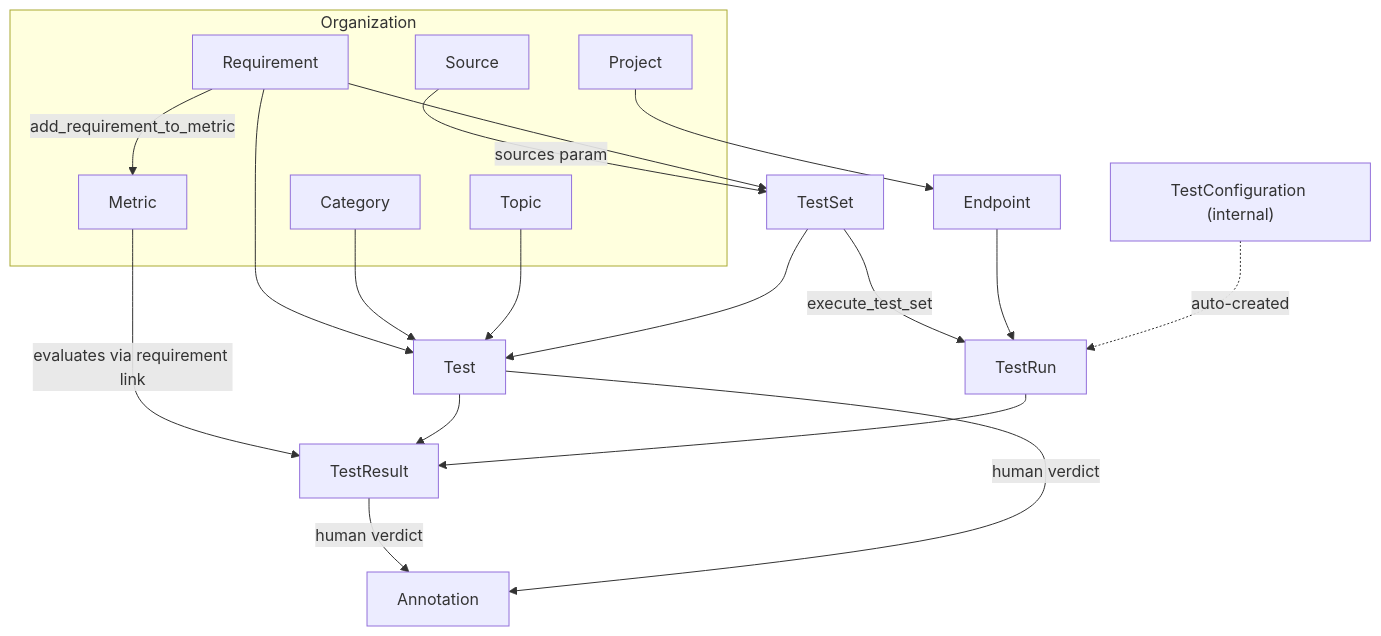
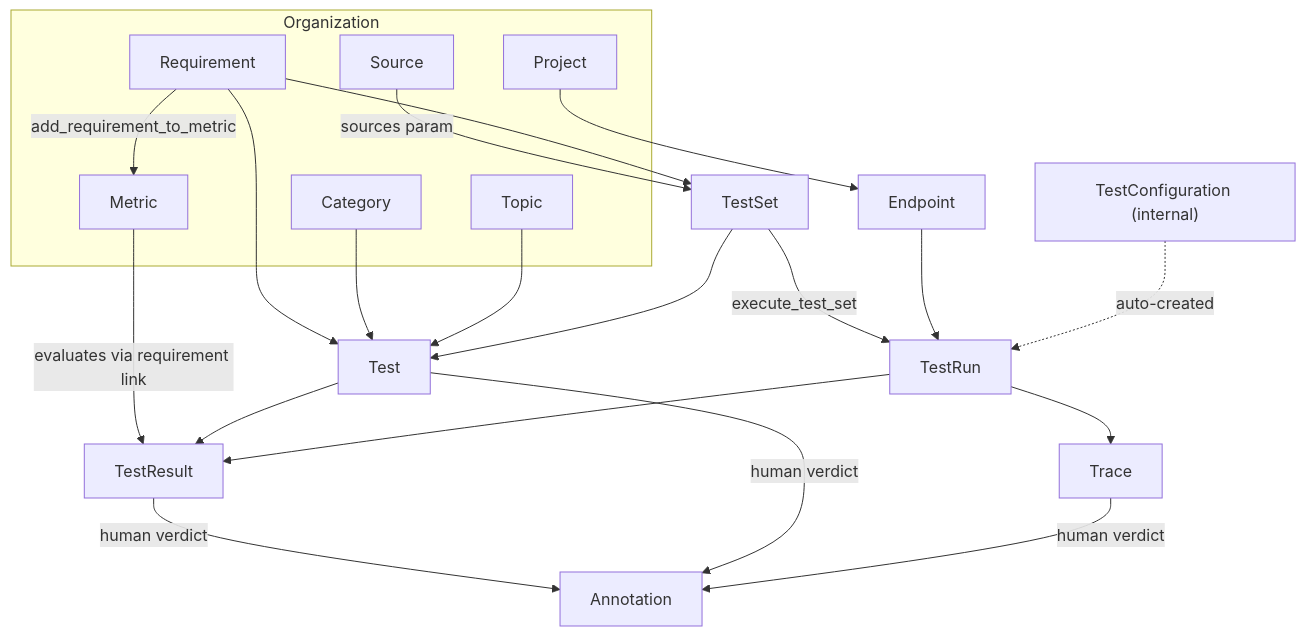
One commit to rhesis-ai/rhesis changed the diagram in skills/rhesis/references/entity-model.md. Above: the diagram before and after it, drawn with Mermaid. The commit also changed other lines of this file and 3 other files, not shown here.

````diff
--- a/skills/rhesis/references/entity-model.md
+++ b/skills/rhesis/references/entity-model.md
@@ -11,28 +11,30 @@
 ```mermaid
 flowchart TB
   subgraph org [Organization]
     Project
     Requirement
     Metric
     Source
     Category
     Topic
   end
 
   Project --> Endpoint
   Requirement -->|"add_requirement_to_metric"| Metric
   Requirement --> Test
   Category --> Test
   Topic --> Test
   Source -->|"sources param"| TestSet
   Requirement --> TestSet
   TestSet --> Test
   TestSet -->|"execute_test_set"| TestRun
   Endpoint --> TestRun
   Metric -->|"evaluates via requirement link"| TestResult
   Test --> TestResult
   TestRun --> TestResult
   TestConfiguration["TestConfiguration (internal)"] -.->|"auto-created"| TestRun
+  TestRun --> Trace
   TestResult -->|"human verdict"| Annotation
   Test -->|"human verdict"| Annotation
+  Trace -->|"human verdict"| Annotation
 ```
````
